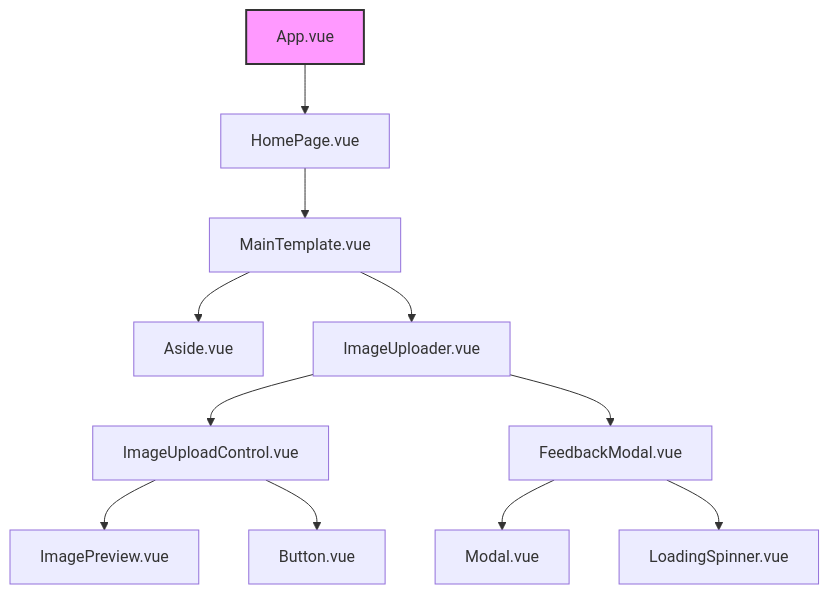
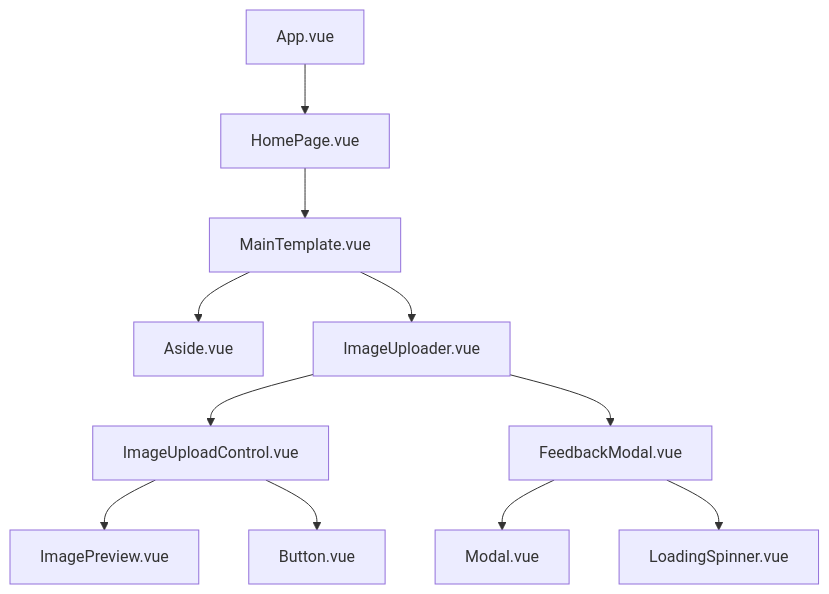
One commit to shafiulshaon/vue3_image_upload_order changed the second of 3 diagrams in system_diagram_jp.md. Above: the diagram before and after it, drawn with Mermaid. The commit also changed other lines of this file, not shown here.

First line of the commit message:
Update system_diagram_jp.md

````diff
--- a/system_diagram_jp.md
+++ b/system_diagram_jp.md
@@ -29,14 +29,13 @@
 ```mermaid
 graph TD
     App[App.vue] --> HomePage[HomePage.vue]
     HomePage --> MainTemplate[MainTemplate.vue]
     MainTemplate --> Aside[Aside.vue]
     MainTemplate --> ImageUploader[ImageUploader.vue]
     ImageUploader --> ImageUploadControl[ImageUploadControl.vue]
     ImageUploadControl --> ImagePreview[ImagePreview.vue]
     ImageUploadControl --> Button[Button.vue]
     ImageUploader --> FeedbackModal[FeedbackModal.vue]
     FeedbackModal --> Modal[Modal.vue]
     FeedbackModal --> LoadingSpinner[LoadingSpinner.vue]
-    style App fill:#f9f,stroke:#333,stroke-width:2px
 ```
````
